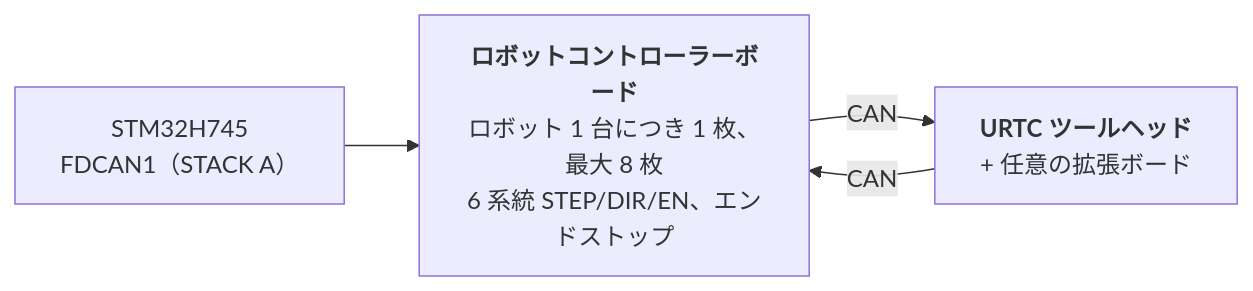
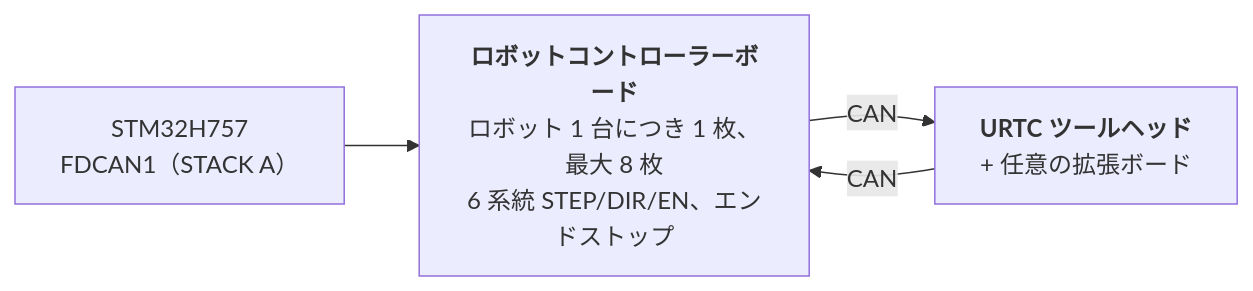
Before and after one commit to JuanenRac/HYDRA-UMC: the second of 2 diagrams in docs/HARDWARE_SPECIFICATION_jpn.md, drawn with Mermaid. The commit also changed other lines of this file and 41 other files, not shown here.

````diff
--- a/docs/HARDWARE_SPECIFICATION_jpn.md
+++ b/docs/HARDWARE_SPECIFICATION_jpn.md
@@ -139,6 +139,6 @@
 ```mermaid
 flowchart LR
-    MCU["STM32H745<br/>FDCAN1（STACK A）"] --> RCB["<b>ロボットコントローラーボード</b><br/>ロボット 1 台につき 1 枚、最大 8 枚<br/>6 系統 STEP/DIR/EN、エンドストップ"]
+    MCU["STM32H757<br/>FDCAN1（STACK A）"] --> RCB["<b>ロボットコントローラーボード</b><br/>ロボット 1 台につき 1 枚、最大 8 枚<br/>6 系統 STEP/DIR/EN、エンドストップ"]
     RCB -- CAN --> URTC["<b>URTC ツールヘッド</b><br/>+ 任意の拡張ボード"]
     URTC -- CAN --> RCB
 ```
````
